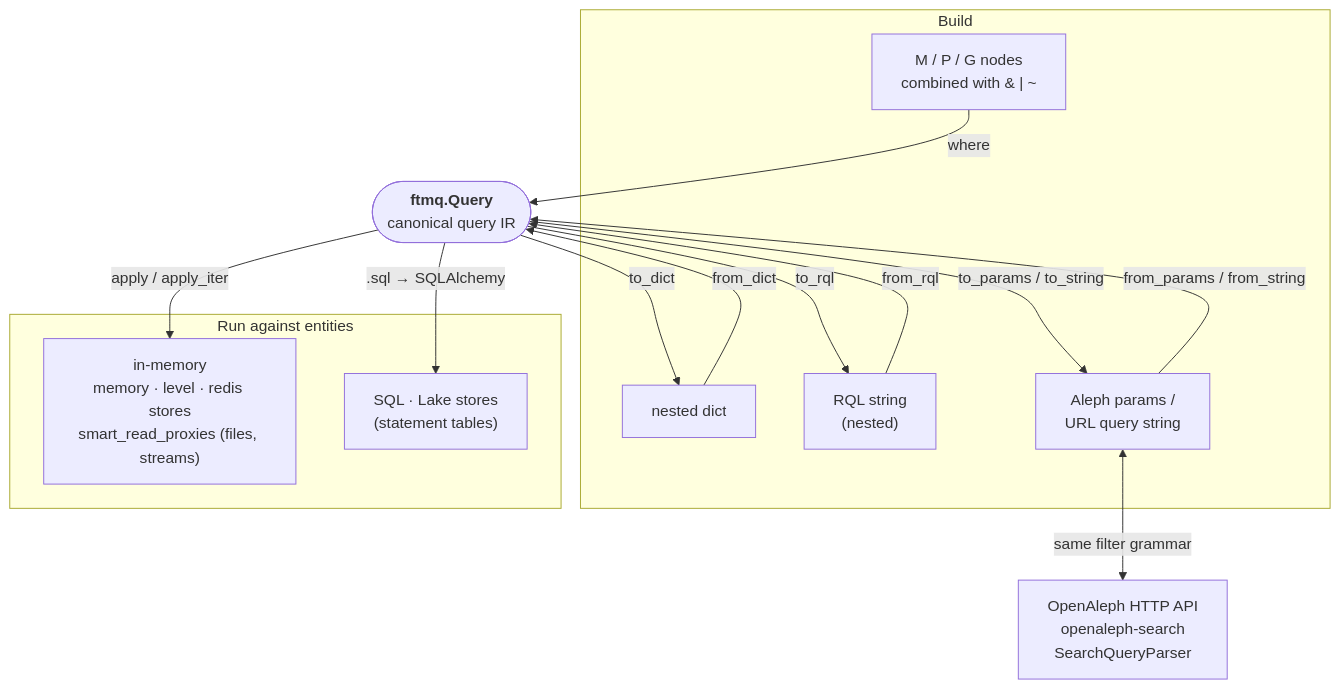
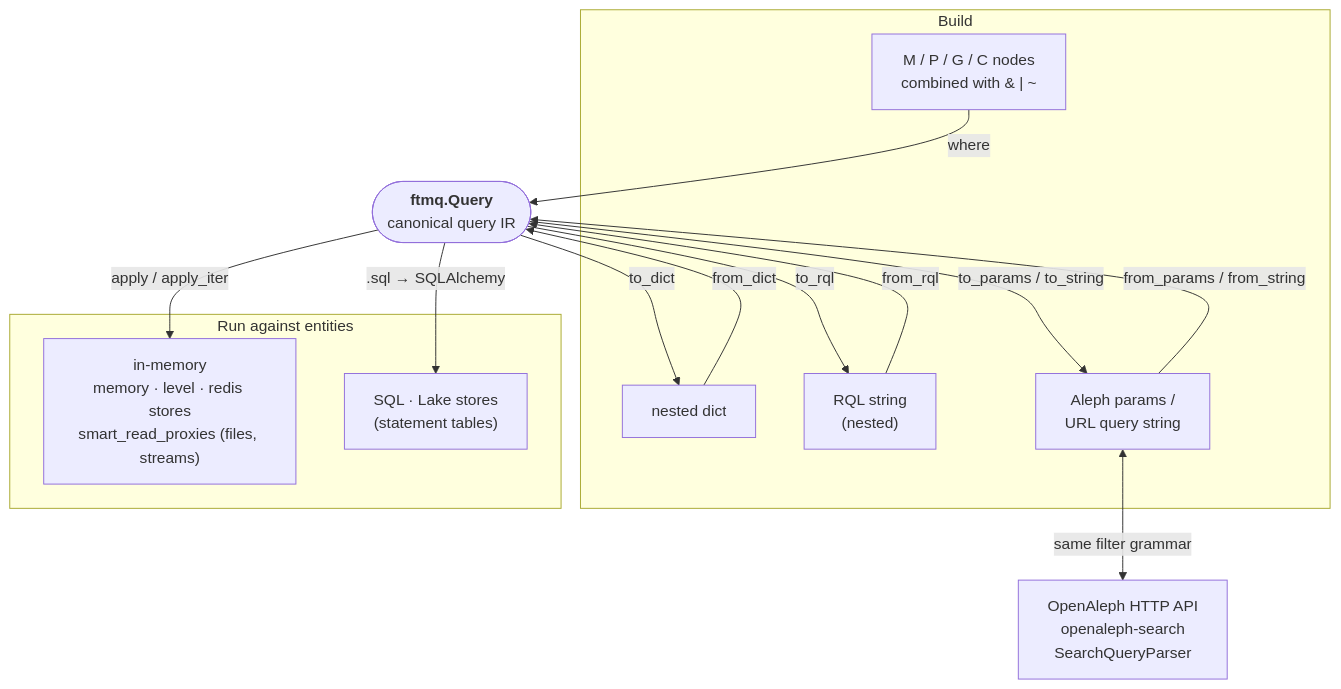
The diagram in docs/query.md (dataresearchcenter/ftmq), drawn with Mermaid before and after one commit. The commit also changed other lines of this file and 60 other files, not shown here.

````diff
--- a/docs/query.md
+++ b/docs/query.md
@@ -9,29 +9,29 @@
 ```mermaid
 flowchart TD
     subgraph build [Build]
-        NODES["M / P / G nodes<br/>combined with &amp; | ~"]
+        NODES["M / P / G / C nodes<br/>combined with &amp; | ~"]
         DICT["nested dict"]
         RQL["RQL string<br/>(nested)"]
         PARAMS["Aleph params /<br/>URL query string"]
     end
 
     Q(["<b>ftmq.Query</b><br/>canonical query IR"])
 
     NODES -->|where| Q
     DICT -->|from_dict| Q
     Q -->|to_dict| DICT
     RQL -->|from_rql| Q
     Q -->|to_rql| RQL
     PARAMS -->|from_params / from_string| Q
     Q -->|to_params / to_string| PARAMS
 
     subgraph run [Run against entities]
         MEM["in-memory<br/>memory · level · redis stores<br/>smart_read_proxies (files, streams)"]
         SQLB["SQL · Lake stores<br/>(statement tables)"]
     end
 
     Q -->|apply / apply_iter| MEM
     Q -->|.sql → SQLAlchemy| SQLB
 
     PARAMS <-->|same filter grammar| ALEPH["OpenAleph HTTP API<br/>openaleph-search<br/>SearchQueryParser"]
 ```
````
